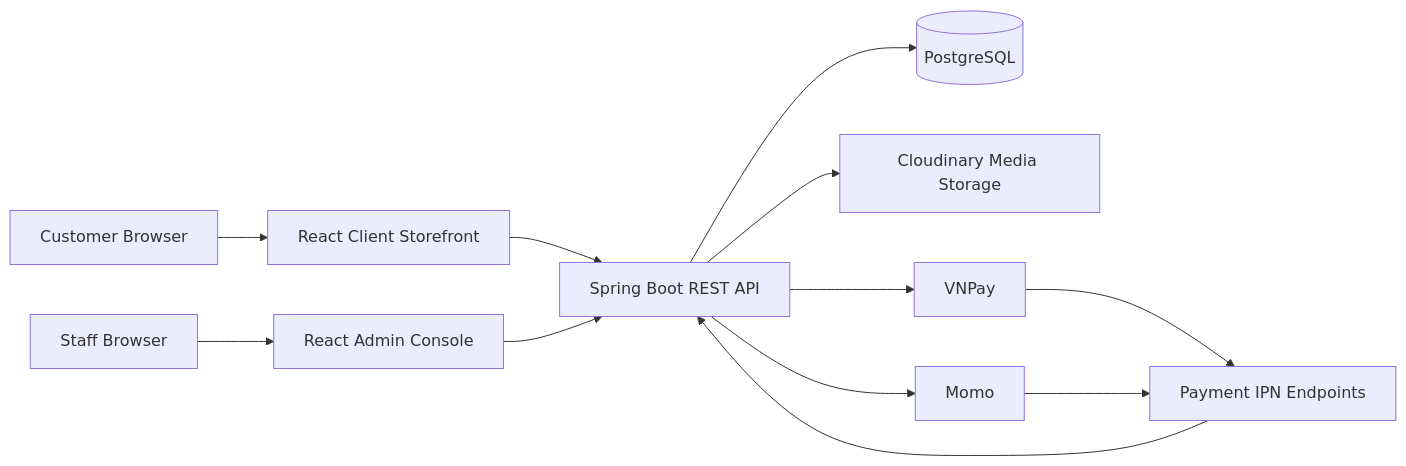
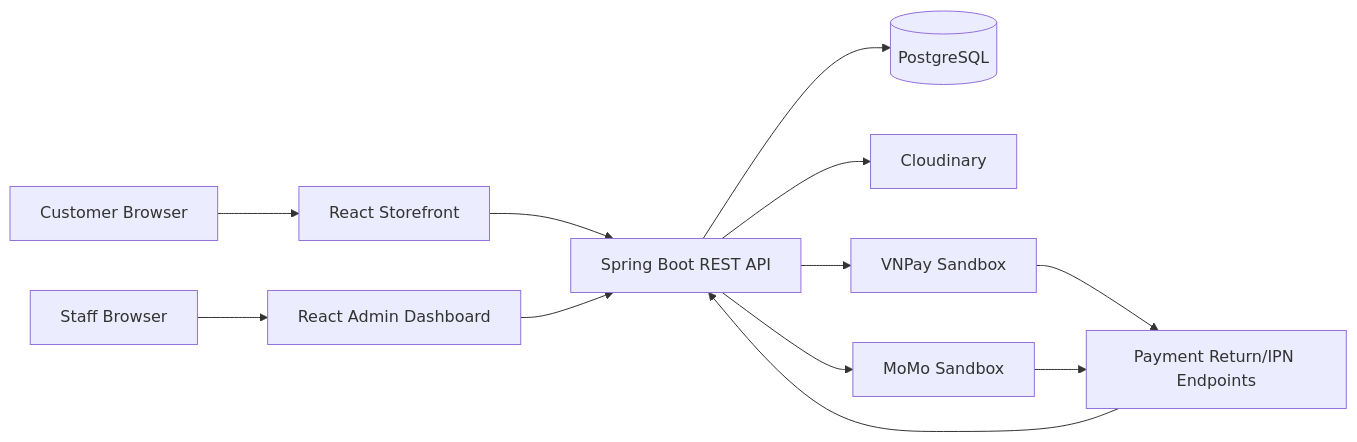
Before and after one commit to chivan2925/ElectronicsManagament: the diagram in docs/architecture/SYSTEM_ARCHITECTURE.md, drawn with Mermaid. The commit also changed other lines of this file and 19 other files, not shown here.

````diff
--- a/docs/architecture/SYSTEM_ARCHITECTURE.md
+++ b/docs/architecture/SYSTEM_ARCHITECTURE.md
@@ -16,14 +15,14 @@
 ```mermaid
 flowchart LR
-  Customer[Customer Browser] --> Client[React Client Storefront]
-  Staff[Staff Browser] --> Admin[React Admin Console]
-  Client --> API[Spring Boot REST API]
+  Customer[Customer Browser] --> Storefront[React Storefront]
+  Staff[Staff Browser] --> Admin[React Admin Dashboard]
+  Storefront --> API[Spring Boot REST API]
   Admin --> API
   API --> DB[(PostgreSQL)]
-  API --> Cloudinary[Cloudinary Media Storage]
-  API --> VNPay[VNPay]
-  API --> Momo[Momo]
-  VNPay --> PaymentWebhook[Payment IPN Endpoints]
-  Momo --> PaymentWebhook
-  PaymentWebhook --> API
+  API --> Cloudinary[Cloudinary]
+  API --> VNPay[VNPay Sandbox]
+  API --> MoMo[MoMo Sandbox]
+  VNPay --> PaymentEndpoints[Payment Return/IPN Endpoints]
+  MoMo --> PaymentEndpoints
+  PaymentEndpoints --> API
 ```
````
